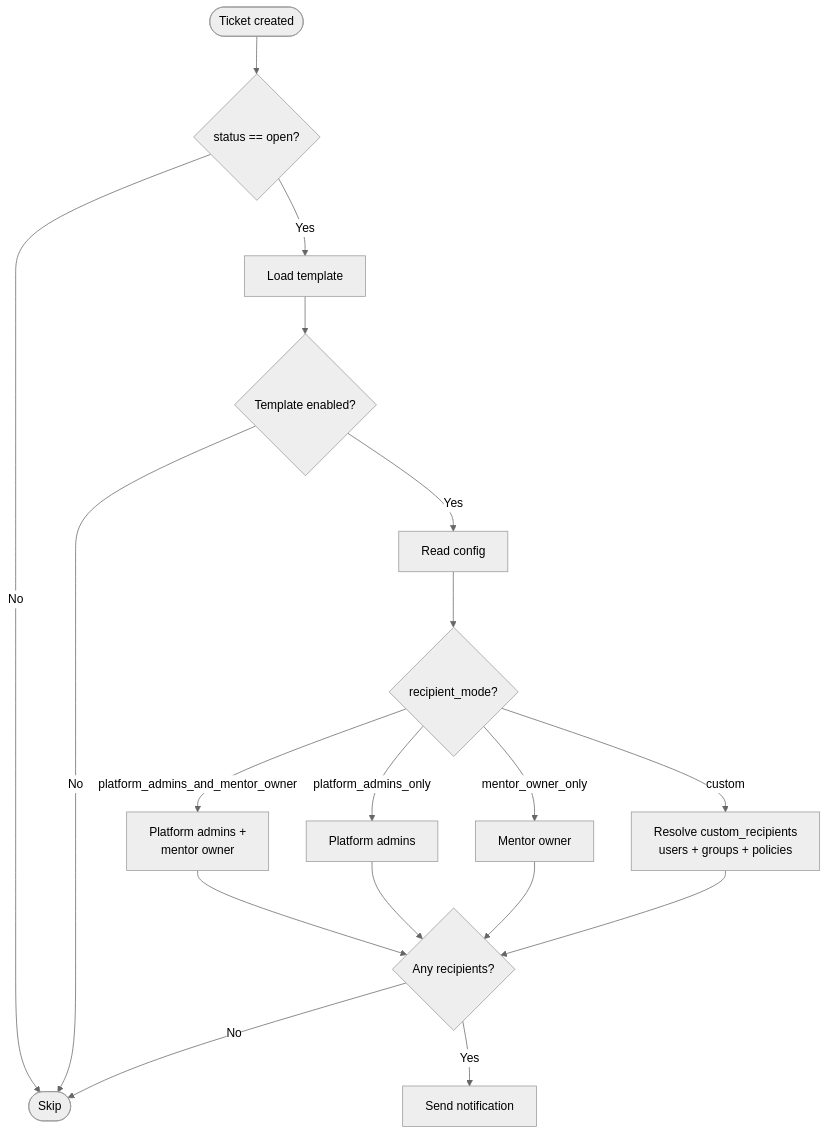
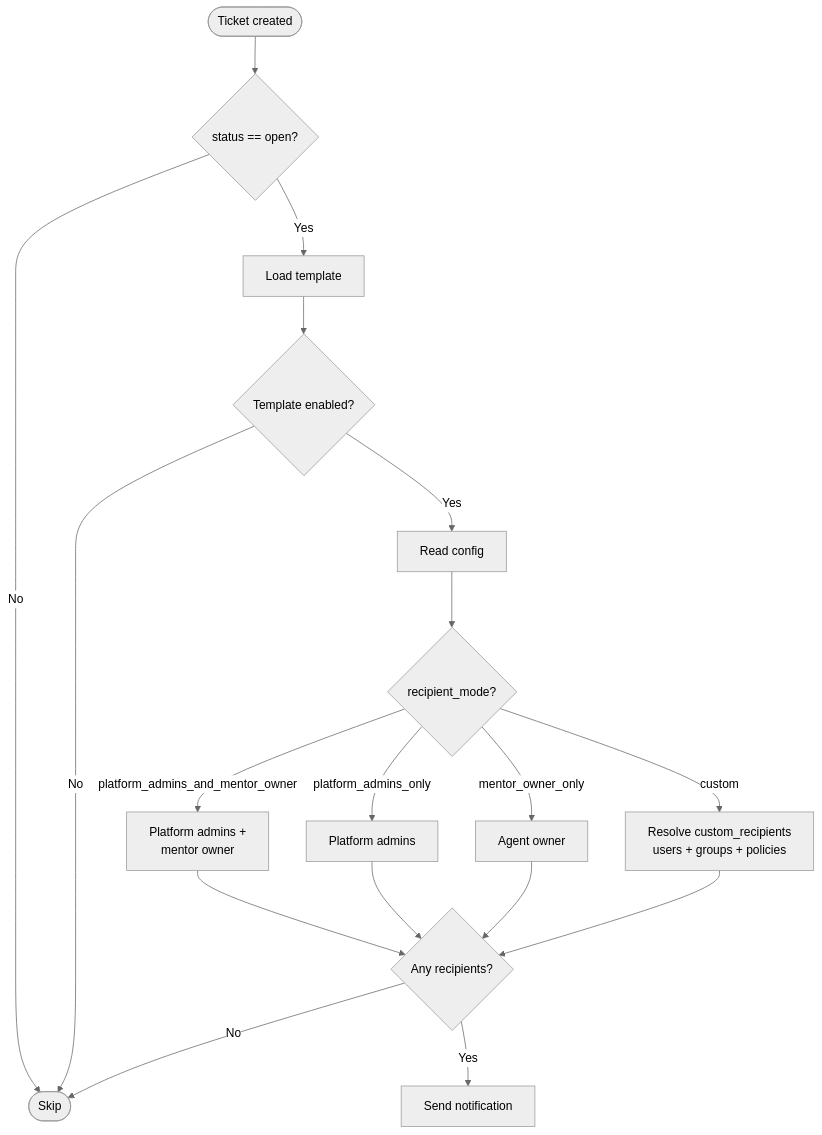
Before and after one commit to iblai/docs: the eighth of 11 diagrams in developer/applications/notifications.md, drawn with Mermaid (neutral theme). The commit also changed other lines of this file and 212 other files, not shown here.

First line of the commit message:
docs: rebrand mentorAI -> Agentic OS, mentor -> agent

````diff
--- a/developer/applications/notifications.md
+++ b/developer/applications/notifications.md
@@ -1841,19 +1841,19 @@
 ```mermaid
 flowchart TD
     A([Ticket created]) --> B{status == open?}
     B -- No --> Z([Skip])
     B -- Yes --> C[Load template]
     C --> D{Template enabled?}
     D -- No --> Z
     D -- Yes --> E[Read config]
     E --> F{recipient_mode?}
 
     F -- platform_admins_and_mentor_owner --> G[Platform admins +\nmentor owner]
     F -- platform_admins_only --> H[Platform admins]
-    F -- mentor_owner_only --> I[Mentor owner]
+    F -- mentor_owner_only --> I[Agent owner]
     F -- custom --> J[Resolve custom_recipients\nusers + groups + policies]
 
     G & H & I & J --> K{Any recipients?}
     K -- No --> Z
     K -- Yes --> L[Send notification]
 ```
````
